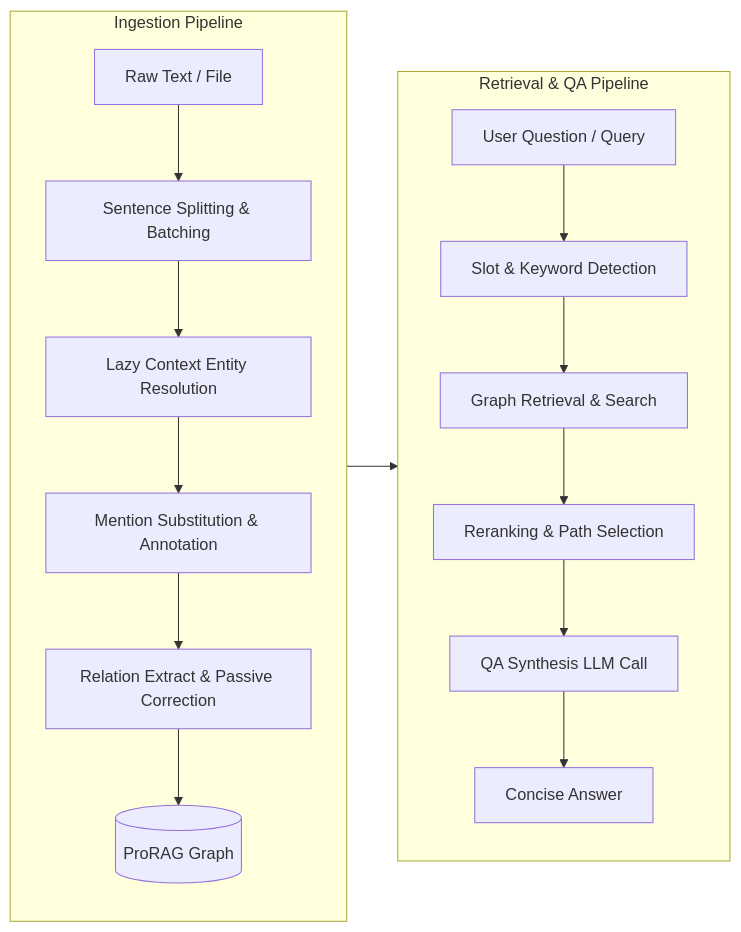
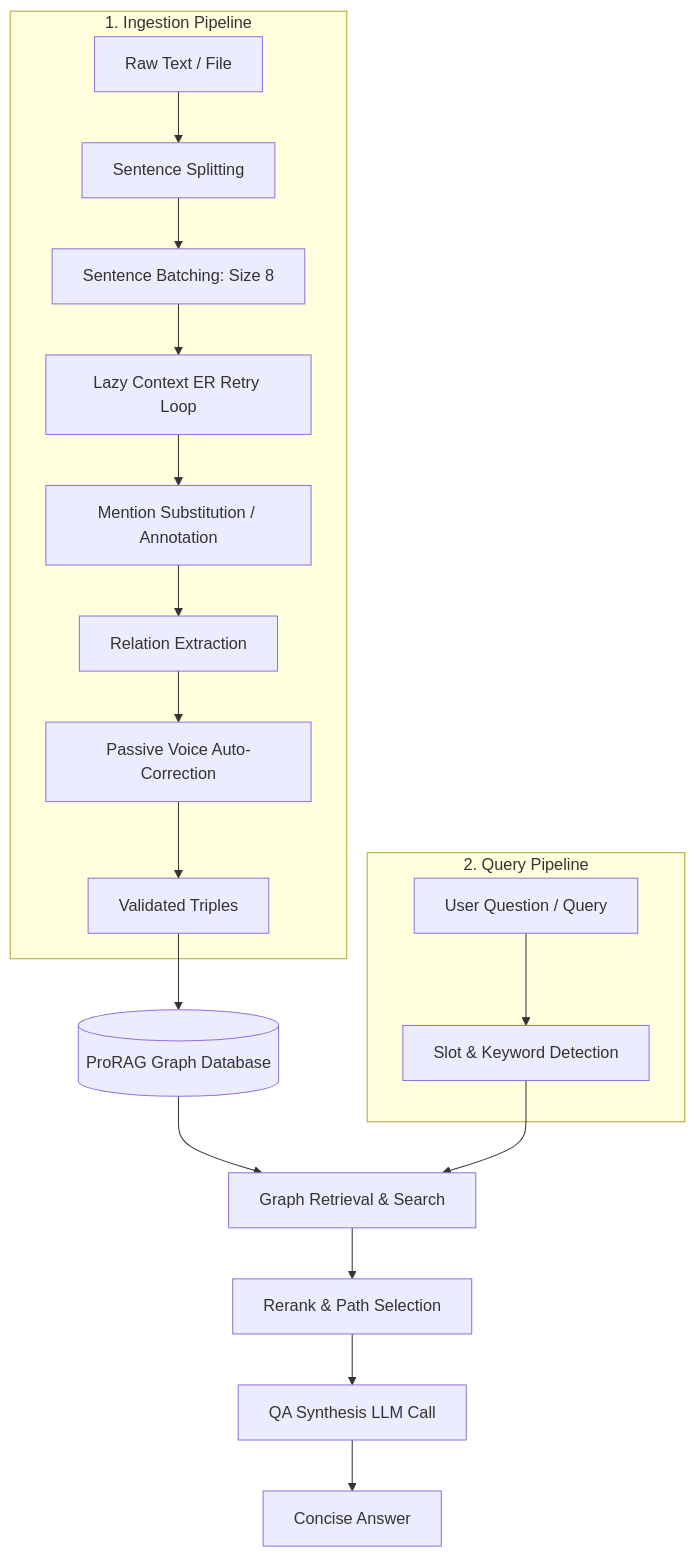
The diagram in README.md (entity-solo/prorag), drawn with Mermaid before and after one commit.

Commit message:
docs: use vertical Y-shape layout for architecture Mermaid diagram to fix readability

````diff
--- a/README.md
+++ b/README.md
@@ -13,22 +13,26 @@
 ```mermaid
-flowchart LR
-    subgraph Ingestion [Ingestion Pipeline]
-        direction TB
-        A[Raw Text / File] --> B[Sentence Splitting & Batching]
-        B --> C[Lazy Context Entity Resolution]
-        C --> D[Mention Substitution & Annotation]
-        D --> E[Relation Extract & Passive Correction]
-        E --> I[(ProRAG Graph)]
+flowchart TD
+    subgraph Ingestion [1. Ingestion Pipeline]
+        A[Raw Text / File] --> B[Sentence Splitting]
+        B --> C[Sentence Batching: Size 8]
+        C --> D[Lazy Context ER Retry Loop]
+        D --> E[Mention Substitution / Annotation]
+        E --> F[Relation Extraction]
+        F --> G[Passive Voice Auto-Correction]
+        G --> H[Validated Triples]
     end
 
-    subgraph Retrieval [Retrieval & QA Pipeline]
-        direction TB
+    subgraph Query [2. Query Pipeline]
         J[User Question / Query] --> K[Slot & Keyword Detection]
-        K --> L[Graph Retrieval & Search]
-        L --> M[Reranking & Path Selection]
-        M --> N[QA Synthesis LLM Call]
-        N --> O[Concise Answer]
     end
 
-    I --> L
+    %% Storage & Search
+    H --> I[(ProRAG Graph Database)]
+    I --> L[Graph Retrieval & Search]
+    K --> L
+
+    %% Synthesis
+    L --> M[Rerank & Path Selection]
+    M --> N[QA Synthesis LLM Call]
+    N --> O[Concise Answer]
 ```
````
